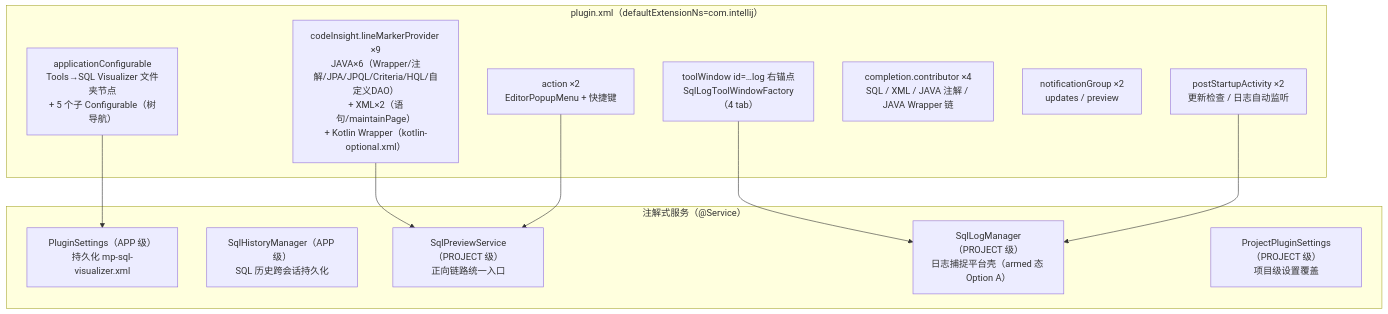
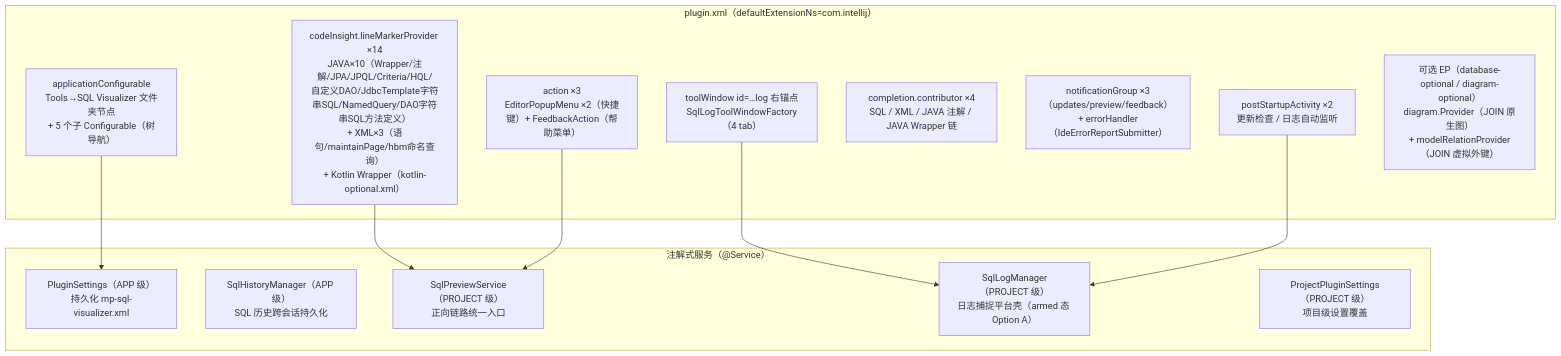
The fourth of 5 diagrams in docs/架构设计/01-项目架构总览.md (JayF211/mybatis-plus-sql-visualizer), drawn with Mermaid before and after one commit. The commit also changed other lines of this file and 4 other files, not shown here.

Commit message:
docs: 架构设计系列同步 dev 当前基线——触发面 gutter 9→13、JOIN 原生 Diagrams 双引擎（§7 新章）/免重启热替换 DynamicInstallSupport（自更新重写）/历史参数持久化 v2/psource·feedback 新包入册、ConverterRegistry 10→11+EQ/MDS/QD 前置派发、测试基线 295类/3788用例（2026-09-12）、发布流程免重启口径与 262 签名护栏、触发面清单补 3 provider 行、EXPLAIN 汉化文案

````diff
--- a/docs/架构设计/01-项目架构总览.md
+++ b/docs/架构设计/01-项目架构总览.md
@@ -215,24 +225,25 @@
 ```mermaid
 flowchart TD
     subgraph XML["plugin.xml（defaultExtensionNs=com.intellij）"]
         X1["applicationConfigurable<br/>Tools→SQL Visualizer 文件夹节点<br/>+ 5 个子 Configurable（树导航）"]
-        X2["codeInsight.lineMarkerProvider ×9<br/>JAVA×6（Wrapper/注解/JPA/JPQL/Criteria/HQL/自定义DAO）<br/>+ XML×2（语句/maintainPage）<br/>+ Kotlin Wrapper（kotlin-optional.xml）"]
+        X2["codeInsight.lineMarkerProvider ×14<br/>JAVA×10（Wrapper/注解/JPA/JPQL/Criteria/HQL/<br/>自定义DAO/JdbcTemplate字符串SQL/NamedQuery/DAO字符串SQL方法定义）<br/>+ XML×3（语句/maintainPage/hbm命名查询）<br/>+ Kotlin Wrapper（kotlin-optional.xml）"]
         X3["toolWindow id=…log 右锚点<br/>SqlLogToolWindowFactory（4 tab）"]
         X4["postStartupActivity ×2<br/>更新检查 / 日志自动监听"]
         X5["completion.contributor ×4<br/>SQL / XML / JAVA 注解 / JAVA Wrapper 链"]
-        X6["notificationGroup ×2<br/>updates / preview"]
-        X7["action ×2<br/>EditorPopupMenu + 快捷键"]
+        X6["notificationGroup ×3（updates/preview/feedback）<br/>+ errorHandler（IdeErrorReportSubmitter）"]
+        X7["action ×3<br/>EditorPopupMenu ×2（快捷键）+ FeedbackAction（帮助菜单）"]
+        X8["可选 EP（database-optional / diagram-optional）<br/>diagram.Provider（JOIN 原生图）<br/>+ modelRelationProvider（JOIN 虚拟外键）"]
     end
     subgraph ANNO["注解式服务（@Service）"]
         Y1["PluginSettings（APP 级）<br/>持久化 mp-sql-visualizer.xml"]
         Y1b["SqlHistoryManager（APP 级）<br/>SQL 历史跨会话持久化"]
         Y2["SqlPreviewService（PROJECT 级）<br/>正向链路统一入口"]
         Y3["SqlLogManager（PROJECT 级）<br/>日志捕捉平台壳（armed 态 Option A）"]
         Y4["ProjectPluginSettings（PROJECT 级）<br/>项目级设置覆盖"]
     end
     X1 --> Y1
     X2 --> Y2
     X3 --> Y3
     X4 --> Y3
     X7 --> Y2
 ```
````
